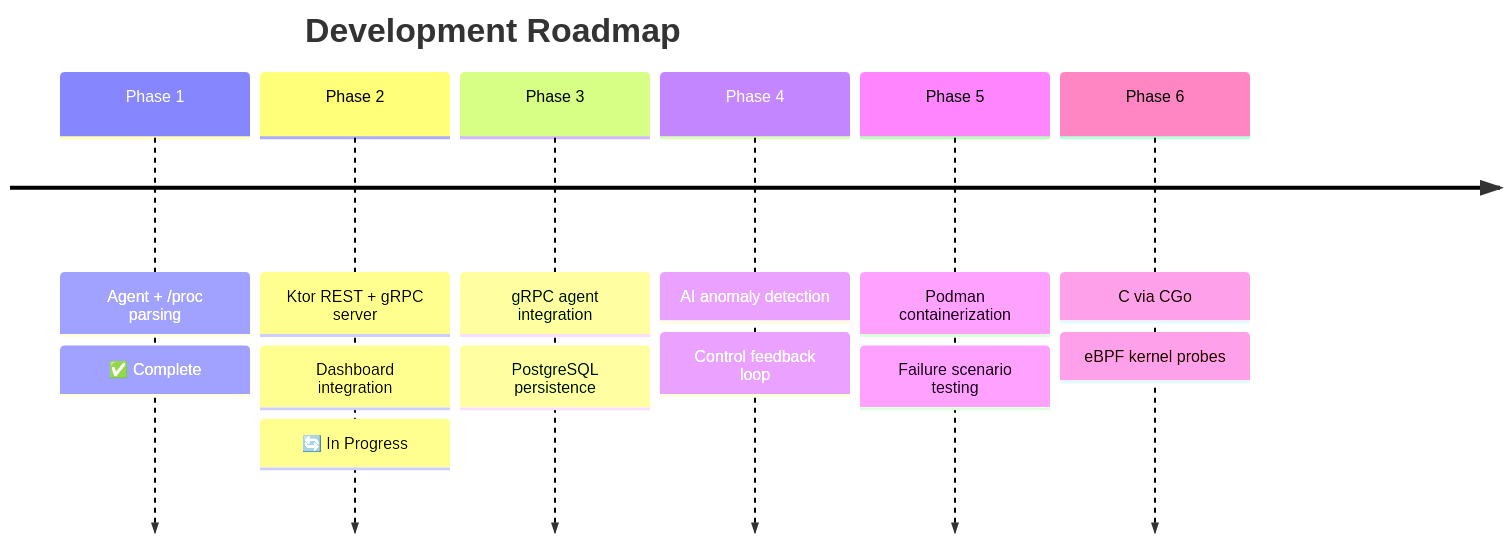
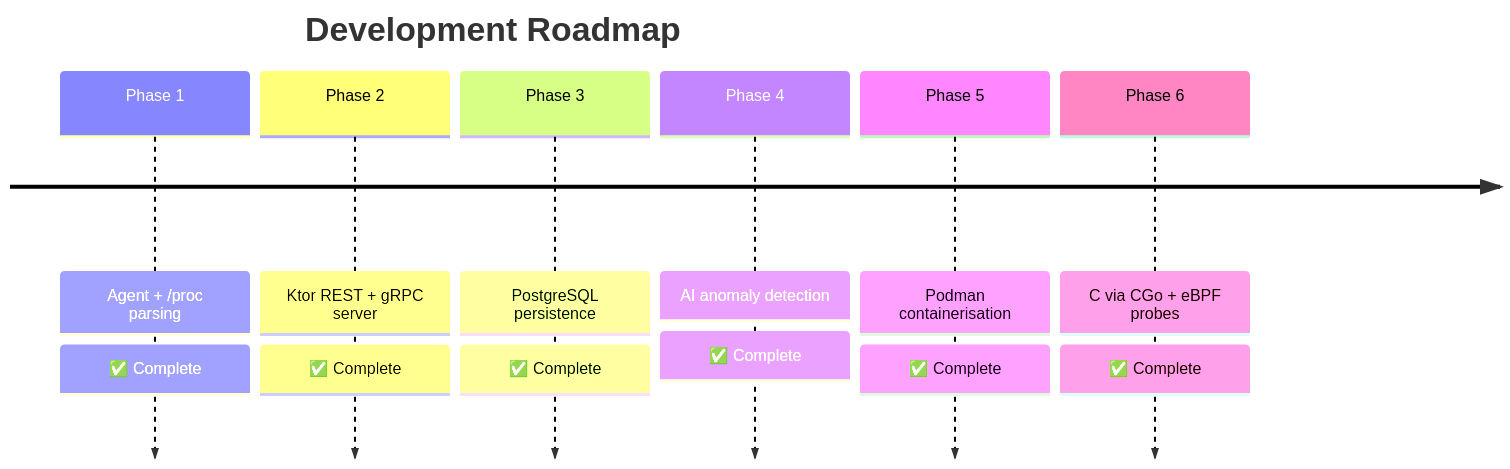
The third of 3 diagrams in README.md (Yahia995/edge-telemetry), drawn with Mermaid before and after one commit. The commit also changed other lines of this file and 2 other files, not shown here.

First line of the commit message:
docs: update all READMEs to reflect completed Phase 6

````diff
--- a/README.md
+++ b/README.md
@@ -270,10 +364,10 @@
 ```mermaid
 timeline
     title Development Roadmap
-    Phase 1 : Agent + /proc parsing : ✅ Complete
-    Phase 2 : Ktor REST + gRPC server : Dashboard integration : 🔄 In Progress
-    Phase 3 : gRPC agent integration : PostgreSQL persistence
-    Phase 4 : AI anomaly detection : Control feedback loop
-    Phase 5 : Podman containerization : Failure scenario testing
-    Phase 6 : C via CGo : eBPF kernel probes
+    Phase 1 : Agent + /proc parsing          : ✅ Complete
+    Phase 2 : Ktor REST + gRPC server        : ✅ Complete
+    Phase 3 : PostgreSQL persistence         : ✅ Complete
+    Phase 4 : AI anomaly detection           : ✅ Complete
+    Phase 5 : Podman containerisation        : ✅ Complete
+    Phase 6 : C via CGo + eBPF probes        : ✅ Complete
 ```
````
